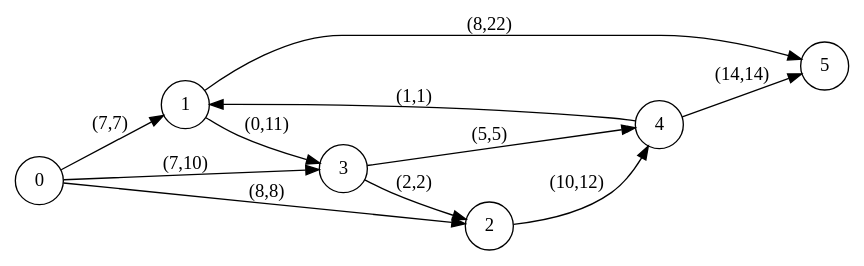
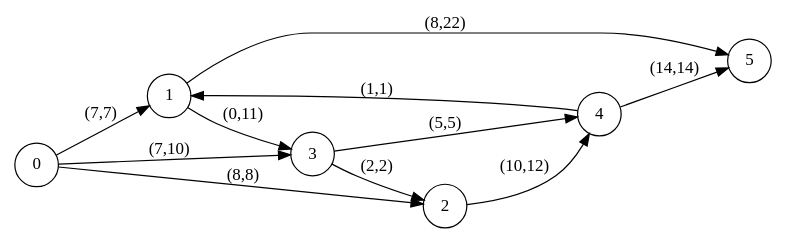
Before and after one commit to pierre-ung/Ford-Fulkerson_ocaml_project: the diagram in outfile.dot, drawn with Graphviz. The commit also changed 7 other files, not shown here.

```diff
--- a/outfile.dot
+++ b/outfile.dot
@@ -1,14 +1,14 @@
 digraph finite_state_machine {
                   rankdir=LR;
-                  size="10"
+                  size="8,5"
                   node [shape = circle];1 -> 3 [label = "(0,11)"];
 1 -> 5 [label = "(8,22)"];
 4 -> 5 [label = "(14,14)"];
 4 -> 1 [label = "(1,1)"];
 3 -> 2 [label = "(2,2)"];
 3 -> 4 [label = "(5,5)"];
 2 -> 4 [label = "(10,12)"];
 0 -> 1 [label = "(7,7)"];
 0 -> 3 [label = "(7,10)"];
 0 -> 2 [label = "(8,8)"];
 }
```
